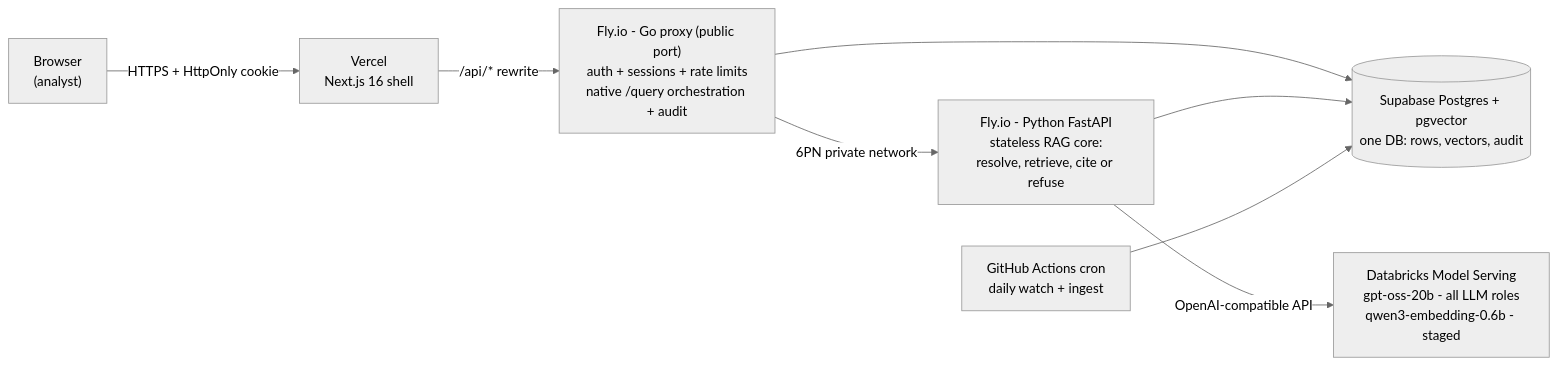
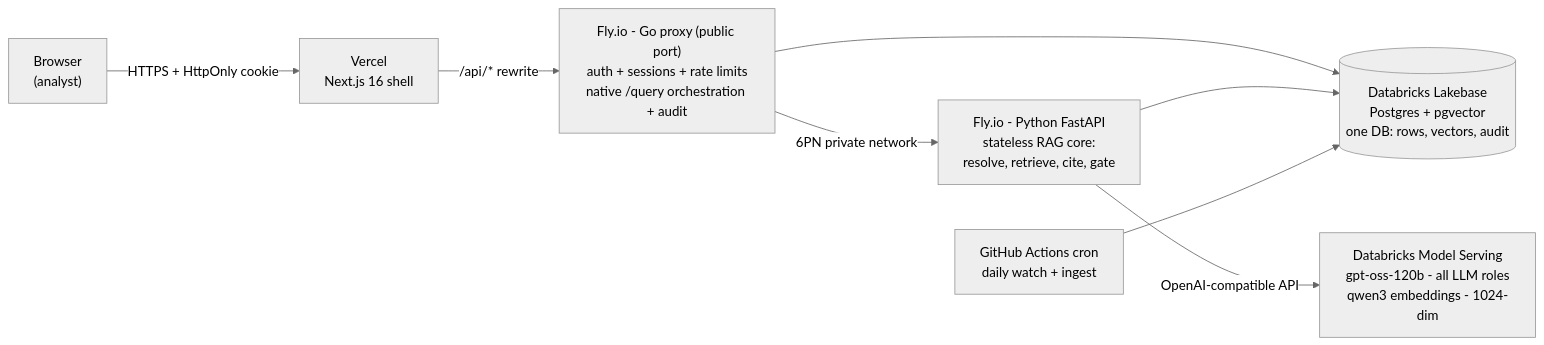
Before and after one commit to Hussain0327/amneal: the second of 2 diagrams in README.md, drawn with Mermaid (neutral theme). The commit also changed other lines of this file and 50 other files, not shown here.

````diff
--- a/README.md
+++ b/README.md
@@ -213,10 +261,10 @@
 ```mermaid
 flowchart LR
     B["Browser<br/>(analyst)"] -->|"HTTPS + HttpOnly cookie"| V["Vercel<br/>Next.js 16 shell"]
     V -->|"/api/* rewrite"| GO["Fly.io - Go proxy (public port)<br/>auth + sessions + rate limits<br/>native /query orchestration + audit"]
-    GO -->|"6PN private network"| PY["Fly.io - Python FastAPI<br/>stateless RAG core:<br/>resolve, retrieve, cite or refuse"]
-    GO --> PG[("Supabase Postgres + pgvector<br/>one DB: rows, vectors, audit")]
+    GO -->|"6PN private network"| PY["Fly.io - Python FastAPI<br/>stateless RAG core:<br/>resolve, retrieve, cite, gate"]
+    GO --> PG[("Databricks Lakebase<br/>Postgres + pgvector<br/>one DB: rows, vectors, audit")]
     PY --> PG
-    PY -->|"OpenAI-compatible API"| DBX["Databricks Model Serving<br/>gpt-oss-20b - all LLM roles<br/>qwen3-embedding-0.6b - staged"]
+    PY -->|"OpenAI-compatible API"| DBX["Databricks Model Serving<br/>gpt-oss-120b - all LLM roles<br/>qwen3 embeddings - 1024-dim"]
     CRON["GitHub Actions cron<br/>daily watch + ingest"] --> PG
 ```
````
